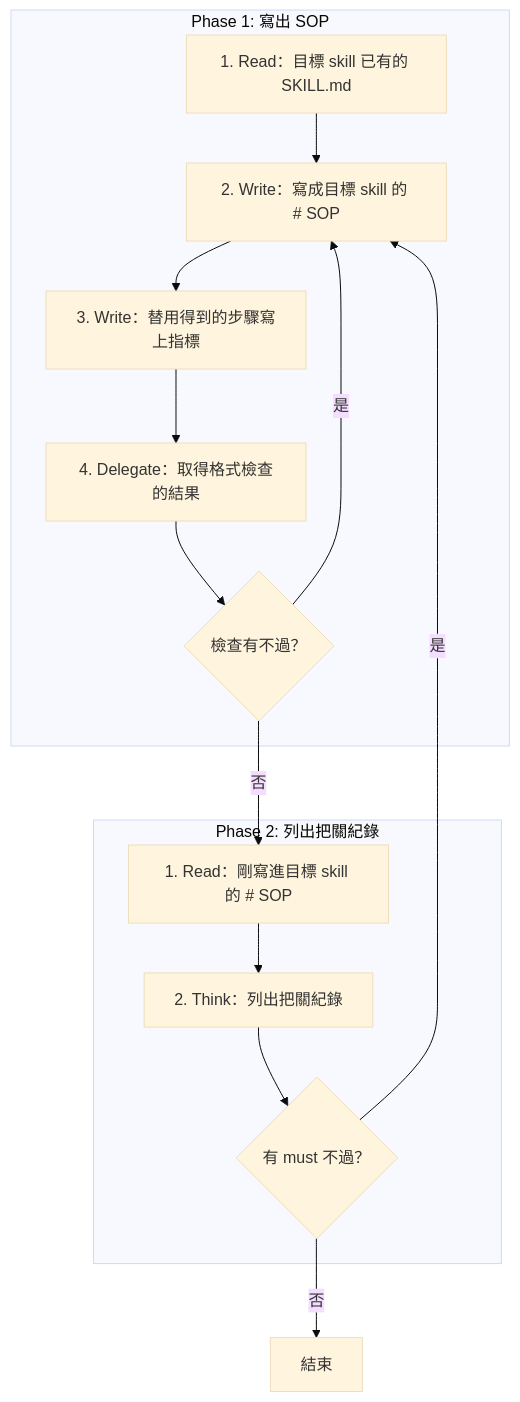
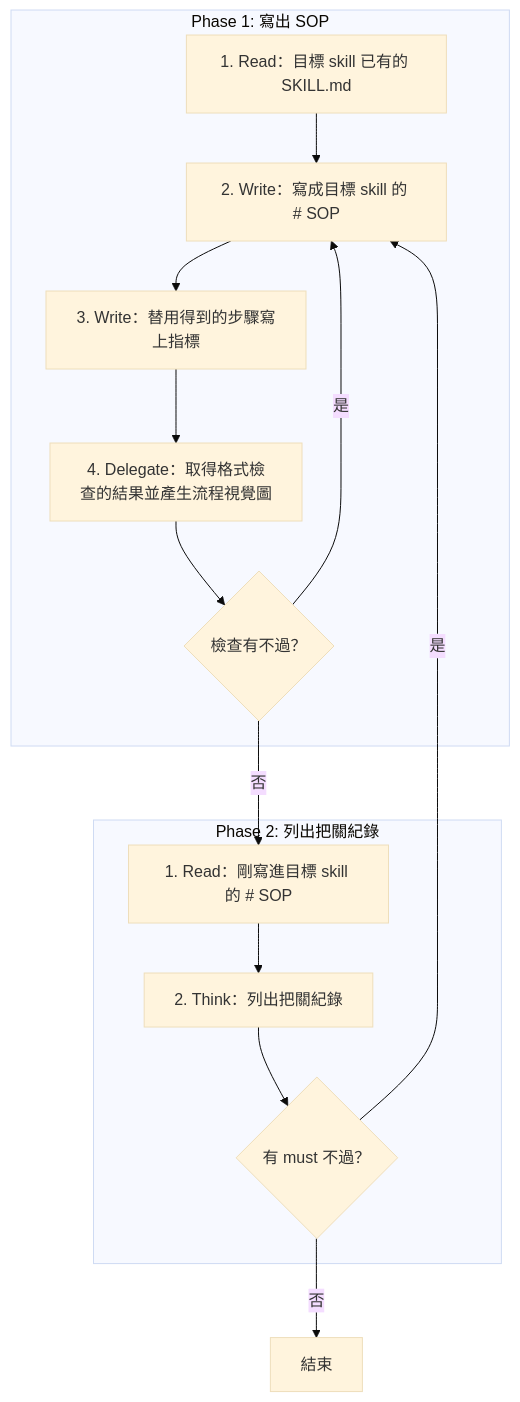
One commit to AI-x-BDD/BDGG-Dev-Skills changed the diagram in .claude/skills/skill-form-sop/SKILL.md. Above: the diagram before and after it, drawn with Mermaid (base theme). The commit also changed other lines of this file and 33 other files, not shown here.

````diff
--- a/.claude/skills/skill-form-sop/SKILL.md
+++ b/.claude/skills/skill-form-sop/SKILL.md
@@ -21,26 +21,26 @@
 ```mermaid
 flowchart TD
     subgraph P1["Phase 1: 寫出 SOP"]
         P1S1["1. Read：目標 skill 已有的 SKILL.md"]
         P1S2["2. Write：寫成目標 skill 的 # SOP"]
         P1S3["3. Write：替用得到的步驟寫上指標"]
-        P1S4["4. Delegate：取得格式檢查的結果"]
+        P1S4["4. Delegate：取得格式檢<br/>查的結果並產生流程視覺圖"]
         G_P1S4_1{"檢查有不過？"}
     end
     subgraph P2["Phase 2: 列出把關紀錄"]
         P2S1["1. Read：剛寫進目標 skill 的 # SOP"]
         P2S2["2. Think：列出把關紀錄"]
         G_P2S2_1{"有 must 不過？"}
     end
     End["結束"]
     P1S1 --> P1S2
     P1S2 --> P1S3
     P1S3 --> P1S4
     P1S4 --> G_P1S4_1
     G_P1S4_1 -->|是| P1S2
     G_P1S4_1 -->|否| P2S1
     P2S1 --> P2S2
     P2S2 --> G_P2S2_1
     G_P2S2_1 -->|是| P1S2
     G_P2S2_1 -->|否| End
 ```
````
